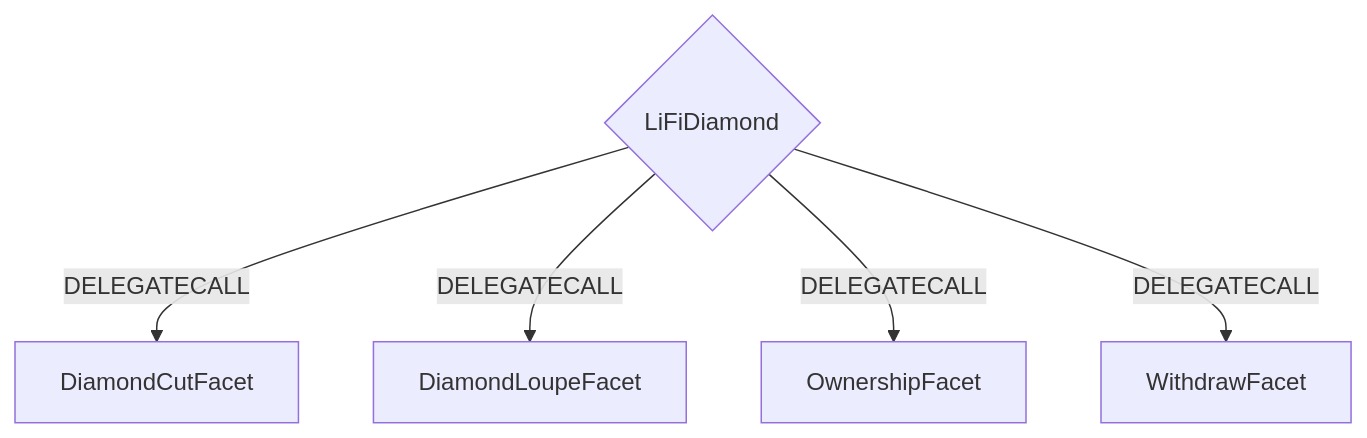
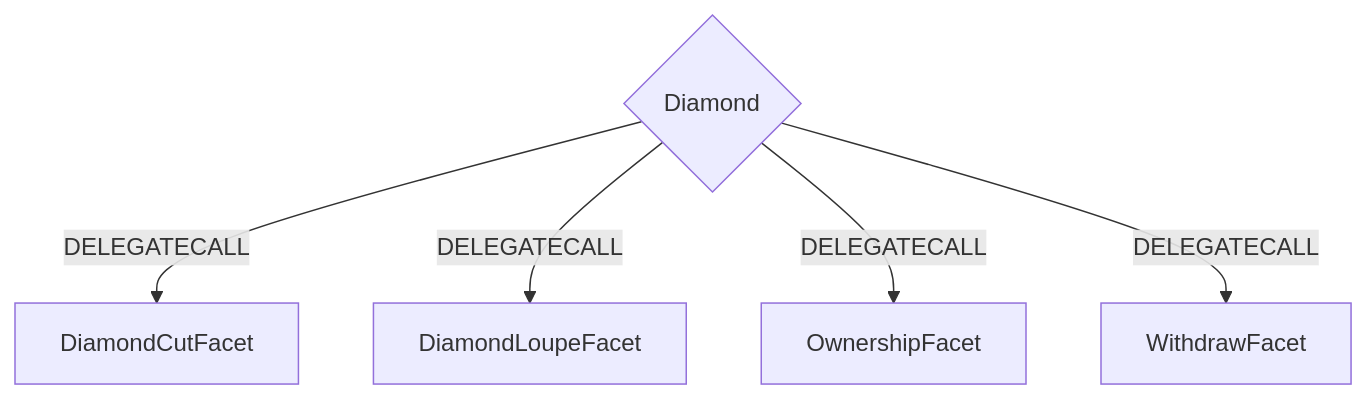
The second of 2 diagrams in ab-contract/README.md (crosschaintools/Crosschain), drawn with Mermaid before and after one commit. The commit also changed other lines of this file and 54 other files, not shown here.

````diff
--- a/ab-contract/README.md
+++ b/ab-contract/README.md
@@ -125,7 +111,7 @@
 ```mermaid
 graph TD;
-    D{LiFiDiamond}-- DELEGATECALL -->DiamondCutFacet;
-    D{LiFiDiamond}-- DELEGATECALL -->DiamondLoupeFacet;
-    D{LiFiDiamond}-- DELEGATECALL -->OwnershipFacet;
-    D{LiFiDiamond}-- DELEGATECALL -->WithdrawFacet;
+    D{Diamond}-- DELEGATECALL -->DiamondCutFacet;
+    D{Diamond}-- DELEGATECALL -->DiamondLoupeFacet;
+    D{Diamond}-- DELEGATECALL -->OwnershipFacet;
+    D{Diamond}-- DELEGATECALL -->WithdrawFacet;
 ```
````
